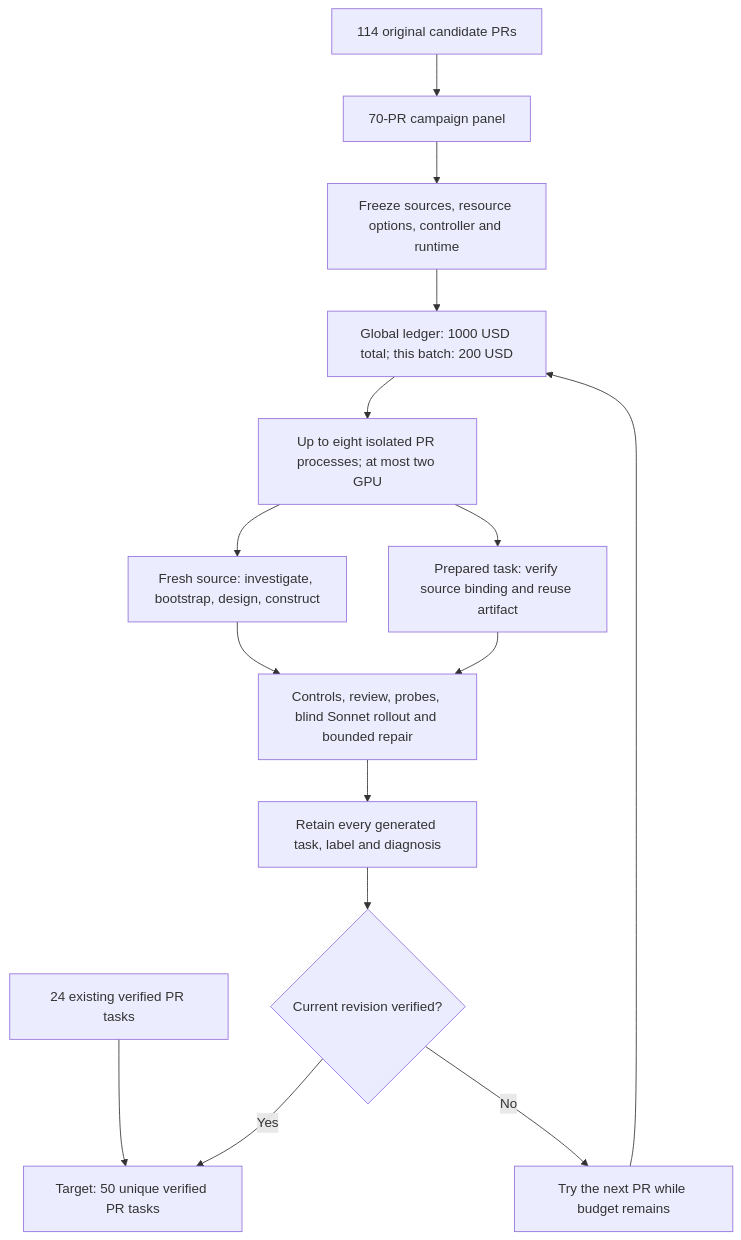
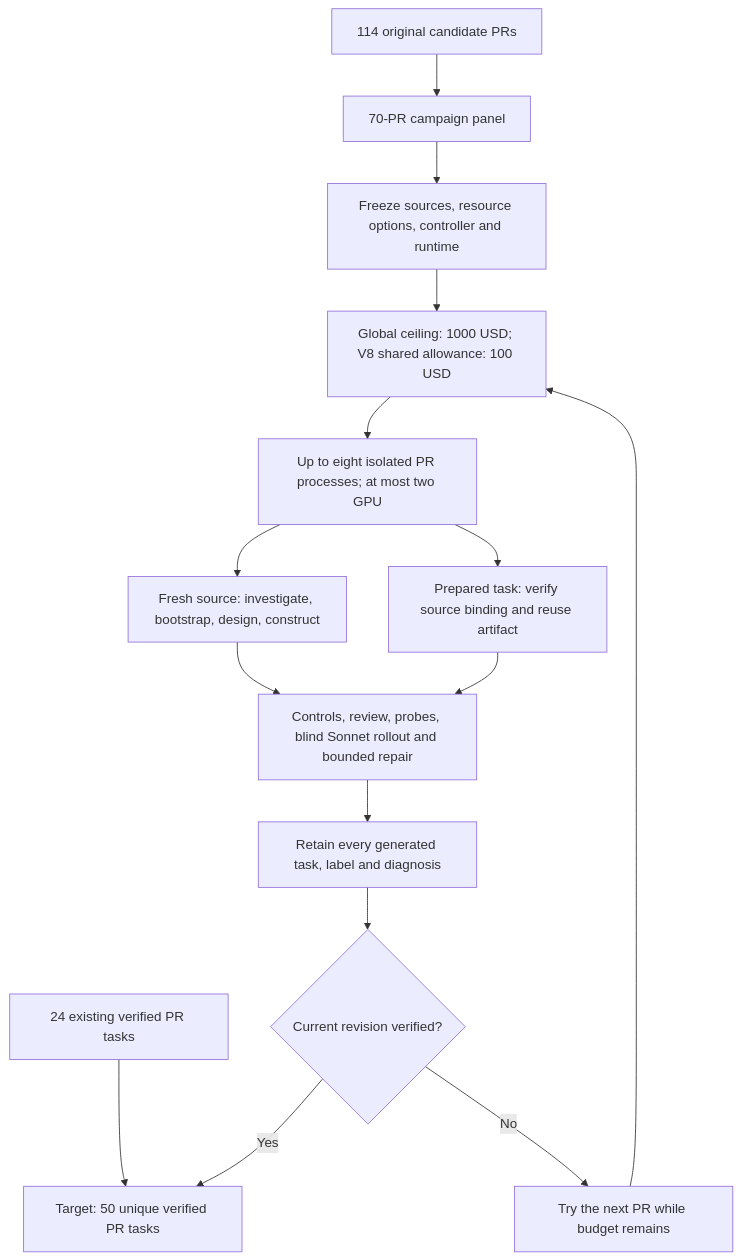
Before and after one commit to huggingface/Repo2RLEnv: the diagram in docs/pipelines/tasksmith_scale50.md, drawn with Mermaid. The commit also changed other lines of this file, not shown here.

````diff
--- a/docs/pipelines/tasksmith_scale50.md
+++ b/docs/pipelines/tasksmith_scale50.md
@@ -299,17 +343,17 @@
 ```mermaid
 flowchart TD
     Old[24 existing verified PR tasks] --> Target[Target: 50 unique verified PR tasks]
     Inputs[114 original candidate PRs] --> Panel[70-PR campaign panel]
     Panel --> Freeze[Freeze sources, resource options, controller and runtime]
-    Freeze --> Budget[Global ledger: 1000 USD total; this batch: 200 USD]
+    Freeze --> Budget[Global ceiling: 1000 USD; V8 shared allowance: 100 USD]
     Budget --> Parallel[Up to eight isolated PR processes; at most two GPU]
     Parallel --> Fresh[Fresh source: investigate, bootstrap, design, construct]
     Parallel --> Recovery[Prepared task: verify source binding and reuse artifact]
     Fresh --> Quality[Controls, review, probes, blind Sonnet rollout and bounded repair]
     Recovery --> Quality
     Quality --> Save[Retain every generated task, label and diagnosis]
     Save --> Accepted{Current revision verified?}
     Accepted -->|Yes| Target
     Accepted -->|No| Next[Try the next PR while budget remains]
     Next --> Budget
 ```
````
